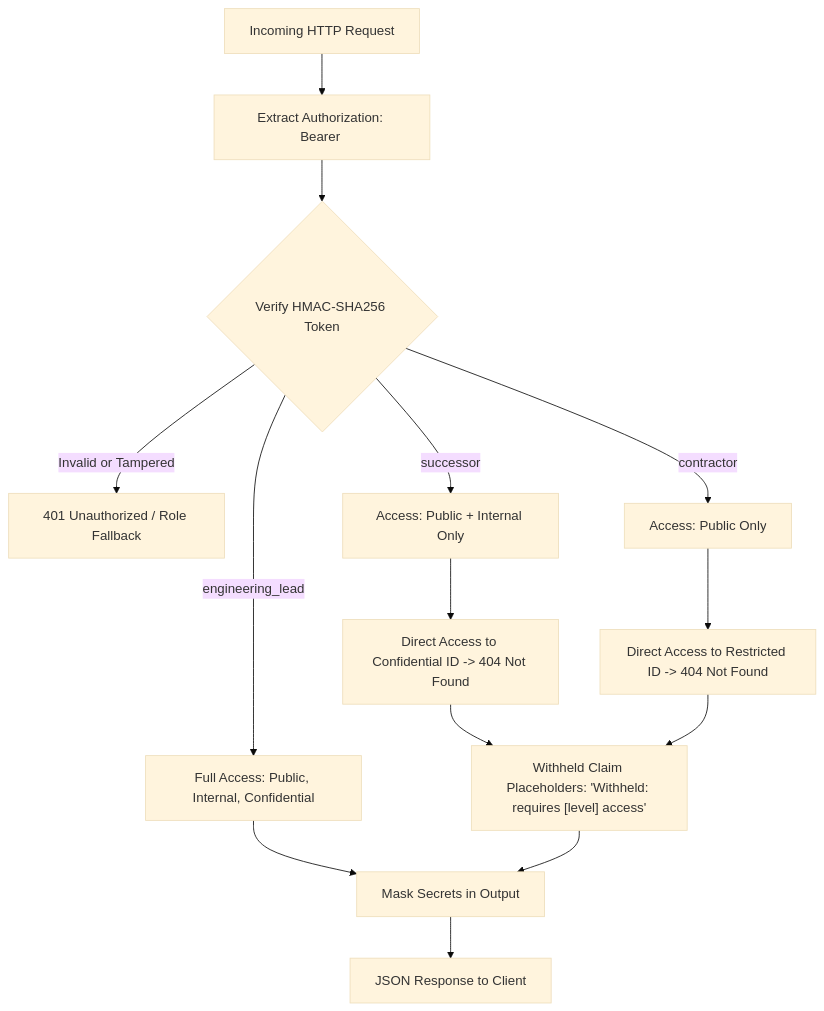
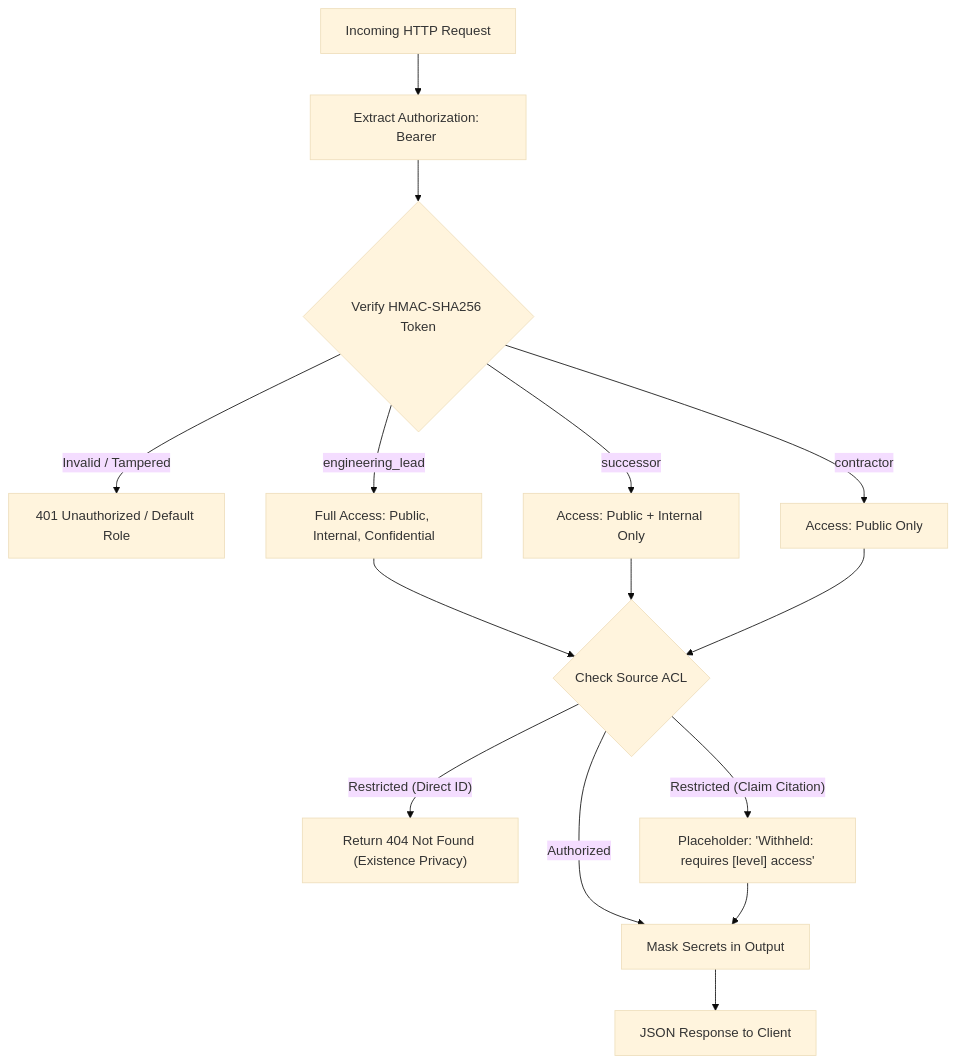
Before and after one commit to harshaldhonge2007-sudo/relay-ai: the first of 2 diagrams in PRIVACY_AND_RESPONSIBLE_DESIGN.md, drawn with Mermaid (base theme). The commit also changed other lines of this file and 185 other files, not shown here.

````diff
--- a/PRIVACY_AND_RESPONSIBLE_DESIGN.md
+++ b/PRIVACY_AND_RESPONSIBLE_DESIGN.md
@@ -16,20 +17,21 @@
 ```mermaid
 flowchart TD
     UserReq["Incoming HTTP Request"] --> AuthHdr["Extract Authorization: Bearer <token>"]
     AuthHdr --> TokenVerify{"Verify HMAC-SHA256 Token"}
     
-    TokenVerify -->|"Invalid or Tampered"| RejectAuth["401 Unauthorized / Role Fallback"]
+    TokenVerify -->|"Invalid / Tampered"| RejectAuth["401 Unauthorized / Default Role"]
     TokenVerify -->|"engineering_lead"| FullAccess["Full Access: Public, Internal, Confidential"]
     TokenVerify -->|"successor"| SuccessorAccess["Access: Public + Internal Only"]
     TokenVerify -->|"contractor"| PublicAccess["Access: Public Only"]
 
-    FullAccess --> MaskSecrets["Mask Secrets in Output"]
-    SuccessorAccess --> Filter404["Direct Access to Confidential ID -> 404 Not Found"]
-    PublicAccess --> Filter404_2["Direct Access to Restricted ID -> 404 Not Found"]
+    FullAccess --> ACLCheck{"Check Source ACL"}
+    SuccessorAccess --> ACLCheck
+    PublicAccess --> ACLCheck
 
-    Filter404 --> WithheldClaims["Withheld Claim Placeholders: 'Withheld: requires [level] access'"]
-    Filter404_2 --> WithheldClaims
+    ACLCheck -->|"Authorized"| MaskSecrets["Mask Secrets in Output"]
+    ACLCheck -->|"Restricted (Direct ID)"| Filter404["Return 404 Not Found (Existence Privacy)"]
+    ACLCheck -->|"Restricted (Claim Citation)"| WithheldClaims["Placeholder: 'Withheld: requires [level] access'"]
 
     WithheldClaims --> MaskSecrets
     MaskSecrets --> Response["JSON Response to Client"]
 ```
````
